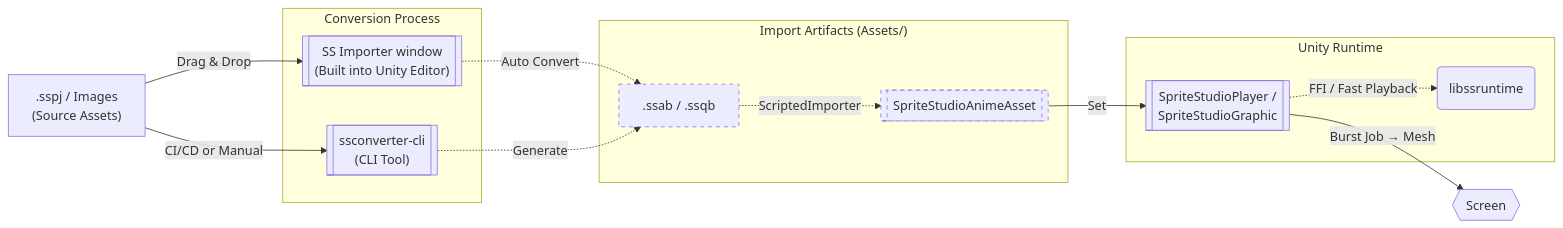
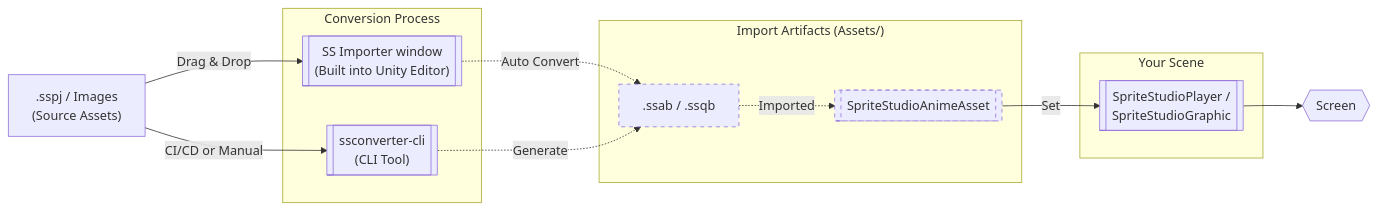
One commit to cri-middleware/SSPlayerForUnity changed the diagram in docs/en/index.md. Above: the diagram before and after it, drawn with Mermaid. The commit also changed other lines of this file and 3 other files, not shown here.

First line of the commit message:
Describe the Unity importer route, not the player's internals, on the first pages

````diff
--- a/docs/en/index.md
+++ b/docs/en/index.md
@@ -50,32 +50,30 @@
 ```mermaid
 graph LR
     SS[" .sspj / Images<br>(Source Assets) "]
 
     subgraph Convert ["Conversion Process"]
         IMP[[" SS Importer window<br>(Built into Unity Editor) "]]
         CLI[[" ssconverter-cli<br>(CLI Tool) "]]
     end
 
     subgraph Asset ["Import Artifacts (Assets/)"]
         BIN[" .ssab / .ssqb "]
         SO[[ SpriteStudioAnimeAsset ]]
     end
 
-    subgraph Runtime ["Unity Runtime"]
+    subgraph Runtime ["Your Scene"]
         NODE[[ SpriteStudioPlayer /<br>SpriteStudioGraphic ]]
-        RT(" libssruntime ")
     end
 
     SS -- "Drag & Drop" --> IMP
     SS -- "CI/CD or Manual" --> CLI
     IMP -. "Auto Convert" .-> BIN
     CLI -. "Generate" .-> BIN
 
-    BIN -. "ScriptedImporter" .-> SO
+    BIN -. "Imported" .-> SO
     SO -- "Set" --> NODE
-    NODE -. "FFI / Fast Playback" .-> RT
-    NODE -- "Burst Job → Mesh" --> RENDER{{" Screen "}}
+    NODE --> RENDER{{" Screen "}}
 
     classDef generated stroke-dasharray: 5 5;
     class BIN,SO generated;
 ```
````
